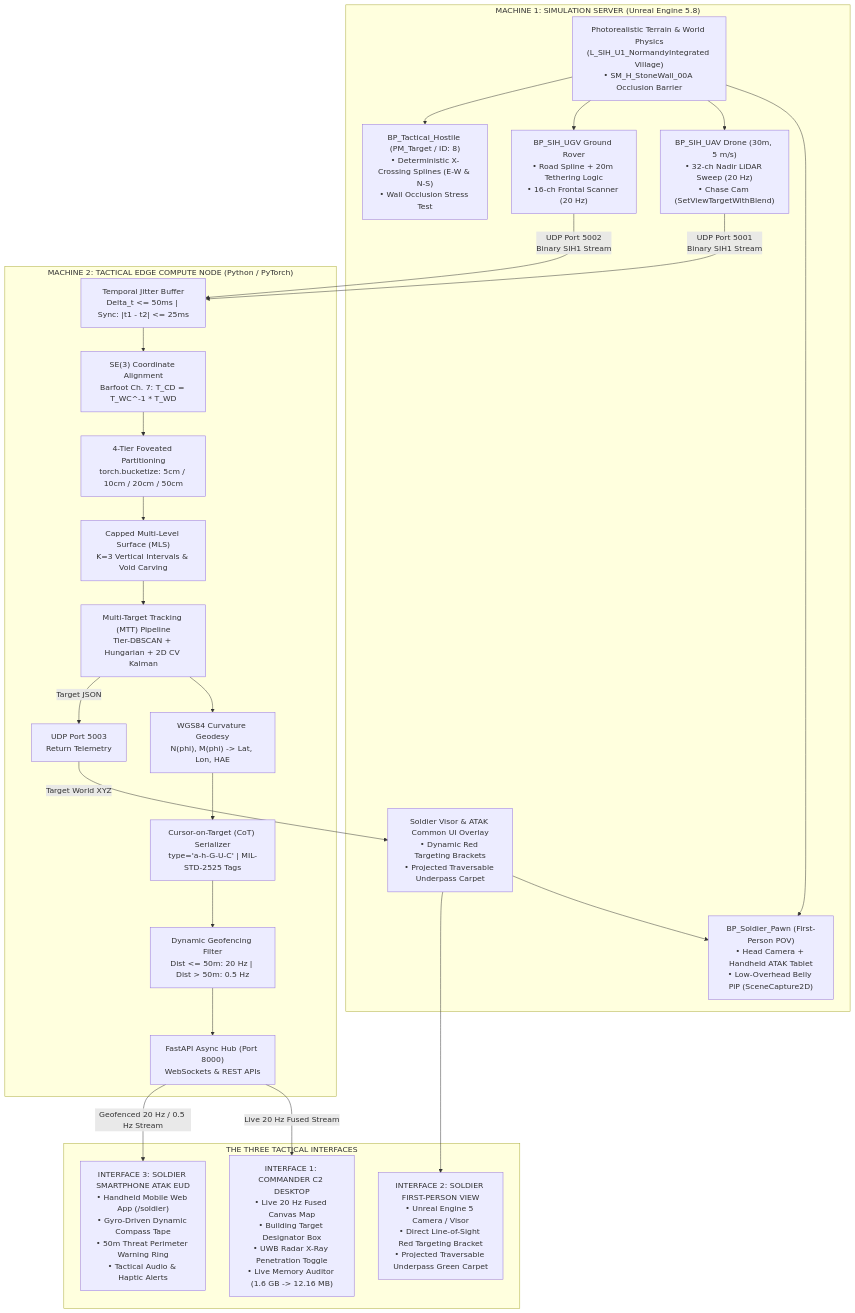
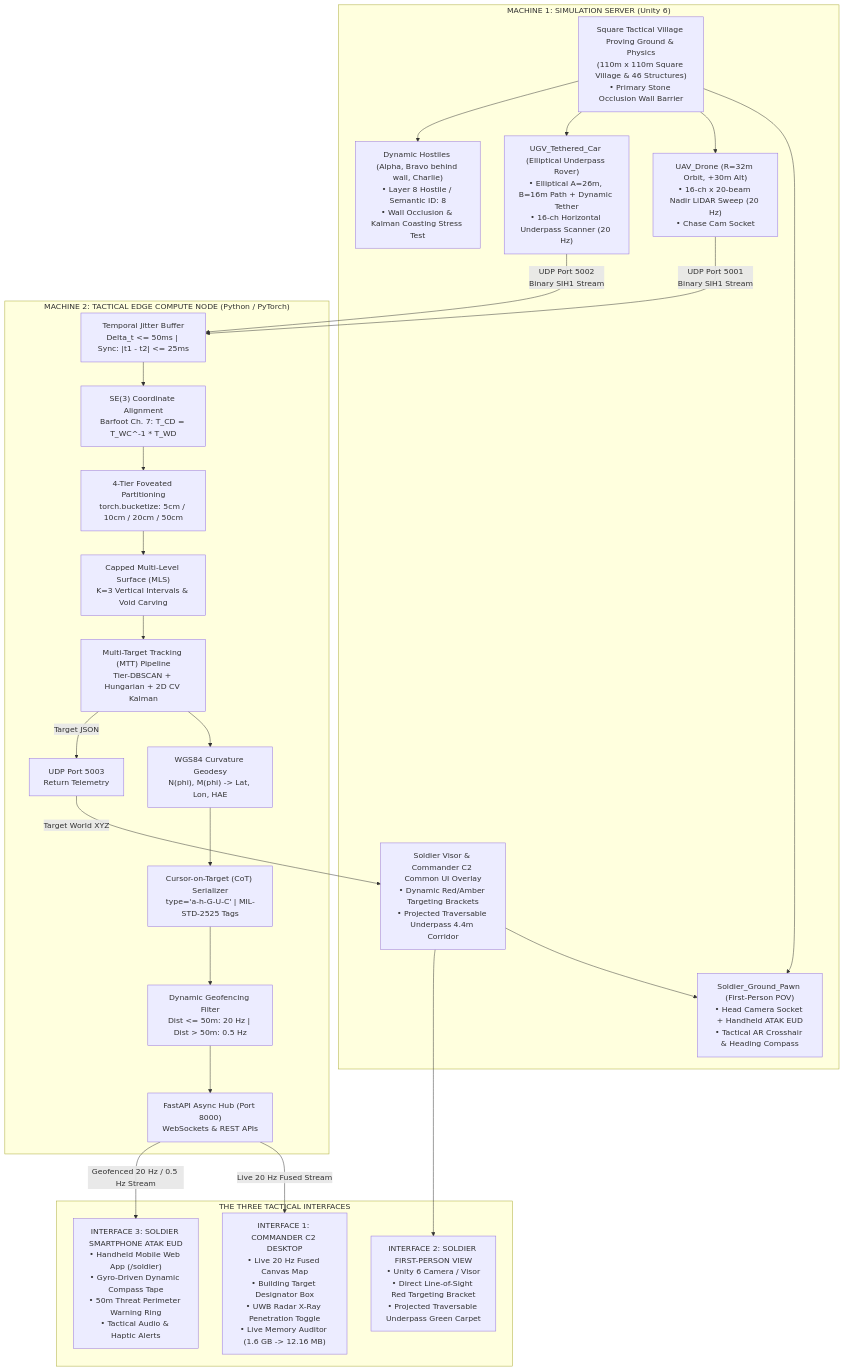
The first of 2 diagrams in MASTER_TACTICAL_PERCEPTION_ENGINE_SPECIFICATION.md (j7452479-a11y/sih), drawn with Mermaid before and after one commit. The commit also changed other lines of this file and 165 other files, not shown here.

Commit message:
feat(unity): complete migration from Unreal Engine to Unity 6 Proving Ground

````diff
--- a/MASTER_TACTICAL_PERCEPTION_ENGINE_SPECIFICATION.md
+++ b/MASTER_TACTICAL_PERCEPTION_ENGINE_SPECIFICATION.md
@@ -49,48 +49,48 @@
 ```mermaid
 flowchart TD
-    subgraph Machine1 ["MACHINE 1: SIMULATION SERVER (Unreal Engine 5.8)"]
-        UE_ENV["Photorealistic Terrain & World Physics<br/>(L_SIH_U1_NormandyIntegrated Village)<br/>• SM_H_StoneWall_00A Occlusion Barrier"]
-        SOLDIER["BP_Soldier_Pawn (First-Person POV)<br/>• Head Camera + Handheld ATAK Tablet<br/>• Low-Overhead Belly PiP (SceneCapture2D)"]
-        UAV["BP_SIH_UAV Drone (30m, 5 m/s)<br/>• 32-ch Nadir LiDAR Sweep (20 Hz)<br/>• Chase Cam (SetViewTargetWithBlend)"]
-        UGV["BP_SIH_UGV Ground Rover<br/>• Road Spline + 20m Tethering Logic<br/>• 16-ch Frontal Scanner (20 Hz)"]
-        HOSTILE["BP_Tactical_Hostile (PM_Target / ID: 8)<br/>• Deterministic X-Crossing Splines (E-W & N-S)<br/>• Wall Occlusion Stress Test"]
-        HUD["Soldier Visor & ATAK Common UI Overlay<br/>• Dynamic Red Targeting Brackets<br/>• Projected Traversable Underpass Carpet"]
+    subgraph Machine1 ["MACHINE 1: SIMULATION SERVER (Unity 6)"]
+        UNITY_ENV["Square Tactical Village Proving Ground & Physics<br/>(110m x 110m Square Village & 46 Structures)<br/>• Primary Stone Occlusion Wall Barrier"]
+        SOLDIER["Soldier_Ground_Pawn (First-Person POV)<br/>• Head Camera Socket + Handheld ATAK EUD<br/>• Tactical AR Crosshair & Heading Compass"]
+        UAV["UAV_Drone (R=32m Orbit, +30m Alt)<br/>• 16-ch x 20-beam Nadir LiDAR Sweep (20 Hz)<br/>• Chase Cam Socket"]
+        UGV["UGV_Tethered_Car (Elliptical Underpass Rover)<br/>• Elliptical A=26m, B=16m Path + Dynamic Tether<br/>• 16-ch Horizontal Underpass Scanner (20 Hz)"]
+        HOSTILE["Dynamic Hostiles (Alpha, Bravo behind wall, Charlie)<br/>• Layer 8 Hostile / Semantic ID: 8<br/>• Wall Occlusion & Kalman Coasting Stress Test"]
+        HUD["Soldier Visor & Commander C2 Common UI Overlay<br/>• Dynamic Red/Amber Targeting Brackets<br/>• Projected Traversable Underpass 4.4m Corridor"]
         
-        UE_ENV --> SOLDIER
-        UE_ENV --> UAV
-        UE_ENV --> UGV
-        UE_ENV --> HOSTILE
+        UNITY_ENV --> SOLDIER
+        UNITY_ENV --> UAV
+        UNITY_ENV --> UGV
+        UNITY_ENV --> HOSTILE
     end
 
     UAV -->|UDP Port 5001<br/>Binary SIH1 Stream| JIT
     UGV -->|UDP Port 5002<br/>Binary SIH1 Stream| JIT
 
     subgraph Machine2 ["MACHINE 2: TACTICAL EDGE COMPUTE NODE (Python / PyTorch)"]
         JIT["Temporal Jitter Buffer<br/>Delta_t <= 50ms | Sync: |t1 - t2| <= 25ms"]
         REG["SE(3) Coordinate Alignment<br/>Barfoot Ch. 7: T_CD = T_WC^-1 * T_WD"]
         FOV["4-Tier Foveated Partitioning<br/>torch.bucketize: 5cm / 10cm / 20cm / 50cm"]
         MLS["Capped Multi-Level Surface (MLS)<br/>K=3 Vertical Intervals & Void Carving"]
         MTT["Multi-Target Tracking (MTT) Pipeline<br/>Tier-DBSCAN + Hungarian + 2D CV Kalman"]
         WGS["WGS84 Curvature Geodesy<br/>N(phi), M(phi) -> Lat, Lon, HAE"]
         COT["Cursor-on-Target (CoT) Serializer<br/>type='a-h-G-U-C' | MIL-STD-2525 Tags"]
         GEO["Dynamic Geofencing Filter<br/>Dist <= 50m: 20 Hz | Dist > 50m: 0.5 Hz"]
         WS["FastAPI Async Hub (Port 8000)<br/>WebSockets & REST APIs"]
 
         JIT --> REG --> FOV --> MLS --> MTT
         MTT --> WGS --> COT --> GEO --> WS
         MTT -->|Target JSON| UDP_RET["UDP Port 5003<br/>Return Telemetry"]
     end
 
     UDP_RET -->|Target World XYZ| HUD
     HUD --> SOLDIER
 
     subgraph Interfaces ["THE THREE TACTICAL INTERFACES"]
         INT1["INTERFACE 1: COMMANDER C2 DESKTOP<br/>• Live 20 Hz Fused Canvas Map<br/>• Building Target Designator Box<br/>• UWB Radar X-Ray Penetration Toggle<br/>• Live Memory Auditor (1.6 GB -> 12.16 MB)"]
-        INT2["INTERFACE 2: SOLDIER FIRST-PERSON VIEW<br/>• Unreal Engine 5 Camera / Visor<br/>• Direct Line-of-Sight Red Targeting Bracket<br/>• Projected Traversable Underpass Green Carpet"]
+        INT2["INTERFACE 2: SOLDIER FIRST-PERSON VIEW<br/>• Unity 6 Camera / Visor<br/>• Direct Line-of-Sight Red Targeting Bracket<br/>• Projected Traversable Underpass Green Carpet"]
         INT3["INTERFACE 3: SOLDIER SMARTPHONE ATAK EUD<br/>• Handheld Mobile Web App (/soldier)<br/>• Gyro-Driven Dynamic Compass Tape<br/>• 50m Threat Perimeter Warning Ring<br/>• Tactical Audio & Haptic Alerts"]
         
         WS -->|Live 20 Hz Fused Stream| INT1
         HUD --> INT2
         WS -->|Geofenced 20 Hz / 0.5 Hz Stream| INT3
     end
 ```
````
